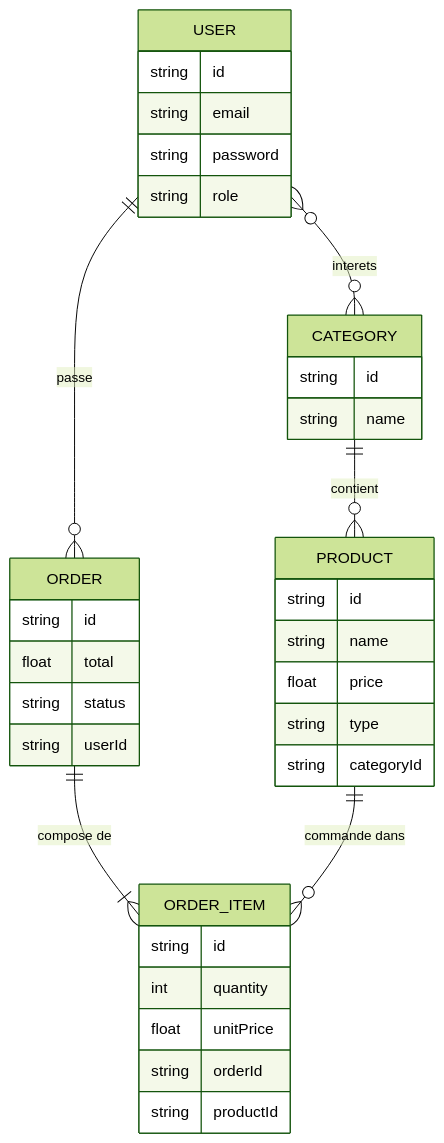
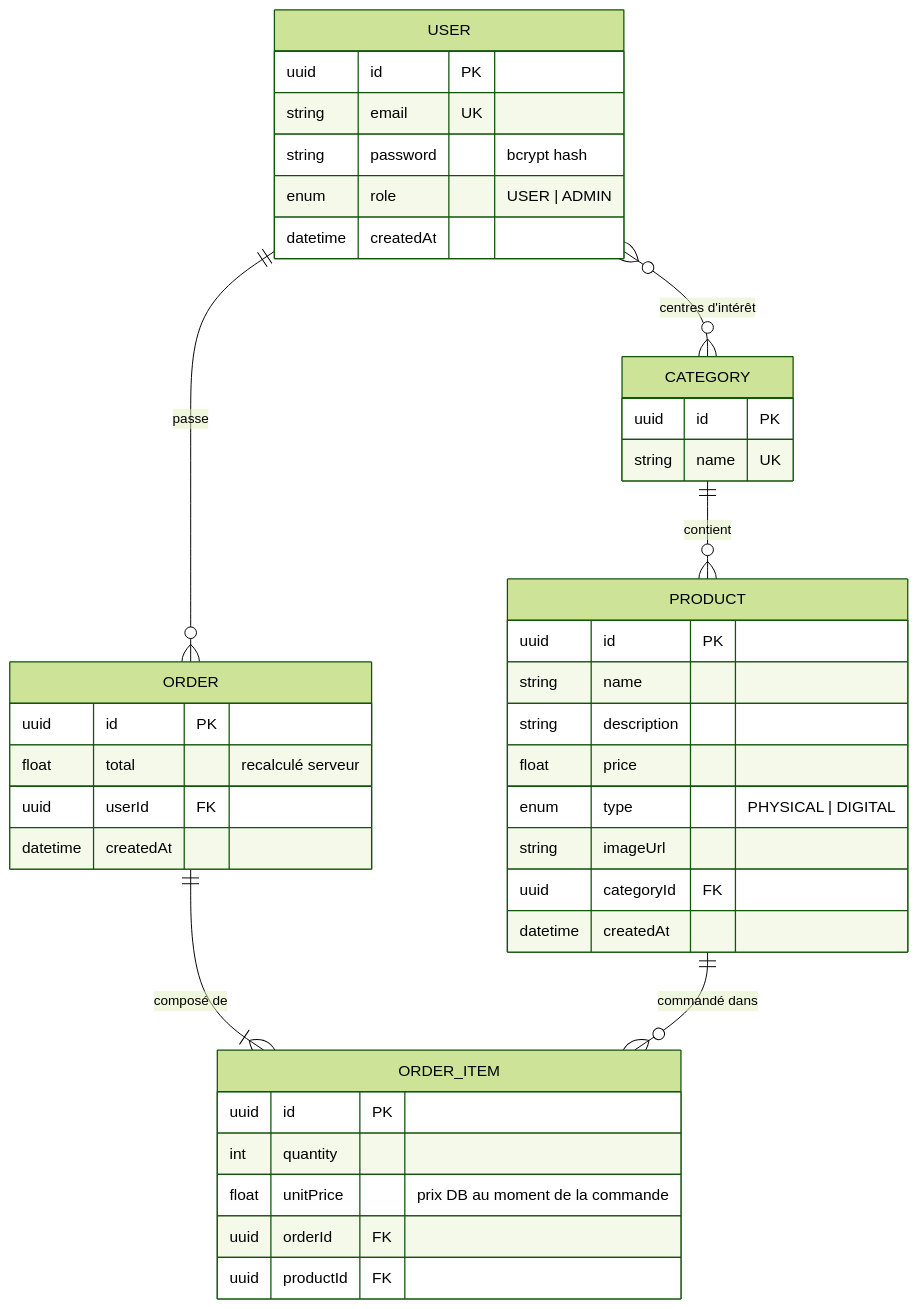
The sixth of 6 diagrams in documentation/03-schemas-mermaid.md (marichanae/Mariama), drawn with Mermaid (forest theme) before and after one commit. The commit also changed other lines of this file, not shown here.

First line of the commit message:
docs: rewrite all Mermaid diagrams — architecture, CI/CD, JWT+RBAC, DevSecOps, checkout security

````diff
--- a/documentation/03-schemas-mermaid.md
+++ b/documentation/03-schemas-mermaid.md
@@ -52,39 +297,43 @@
 ```mermaid
 erDiagram
   USER ||--o{ ORDER : "passe"
-  USER }o--o{ CATEGORY : "interets"
+  USER }o--o{ CATEGORY : "centres d'intérêt"
   CATEGORY ||--o{ PRODUCT : "contient"
-  ORDER ||--|{ ORDER_ITEM : "compose de"
-  PRODUCT ||--o{ ORDER_ITEM : "commande dans"
+  ORDER ||--|{ ORDER_ITEM : "composé de"
+  PRODUCT ||--o{ ORDER_ITEM : "commandé dans"
 
   USER {
-    string id
-    string email
-    string password
-    string role
+    uuid id PK
+    string email UK
+    string password "bcrypt hash"
+    enum role "USER | ADMIN"
+    datetime createdAt
   }
   CATEGORY {
-    string id
-    string name
+    uuid id PK
+    string name UK
   }
   PRODUCT {
-    string id
+    uuid id PK
     string name
+    string description
     float price
-    string type
-    string categoryId
+    enum type "PHYSICAL | DIGITAL"
+    string imageUrl
+    uuid categoryId FK
+    datetime createdAt
   }
   ORDER {
-    string id
-    float total
-    string status
-    string userId
+    uuid id PK
+    float total "recalculé serveur"
+    uuid userId FK
+    datetime createdAt
   }
   ORDER_ITEM {
-    string id
+    uuid id PK
     int quantity
-    float unitPrice
-    string orderId
-    string productId
+    float unitPrice "prix DB au moment de la commande"
+    uuid orderId FK
+    uuid productId FK
   }
 ```
````
